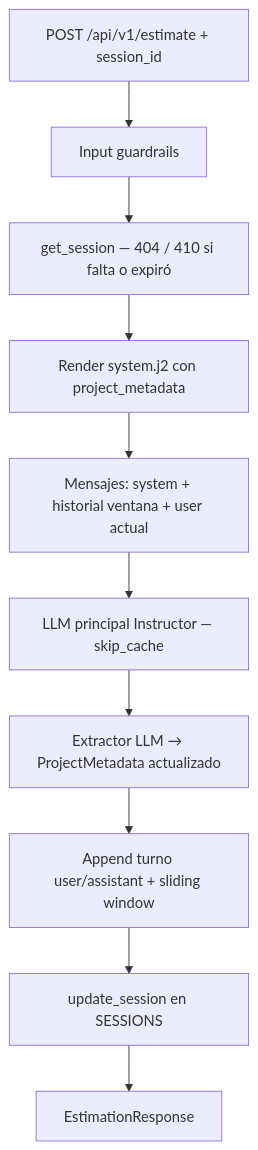
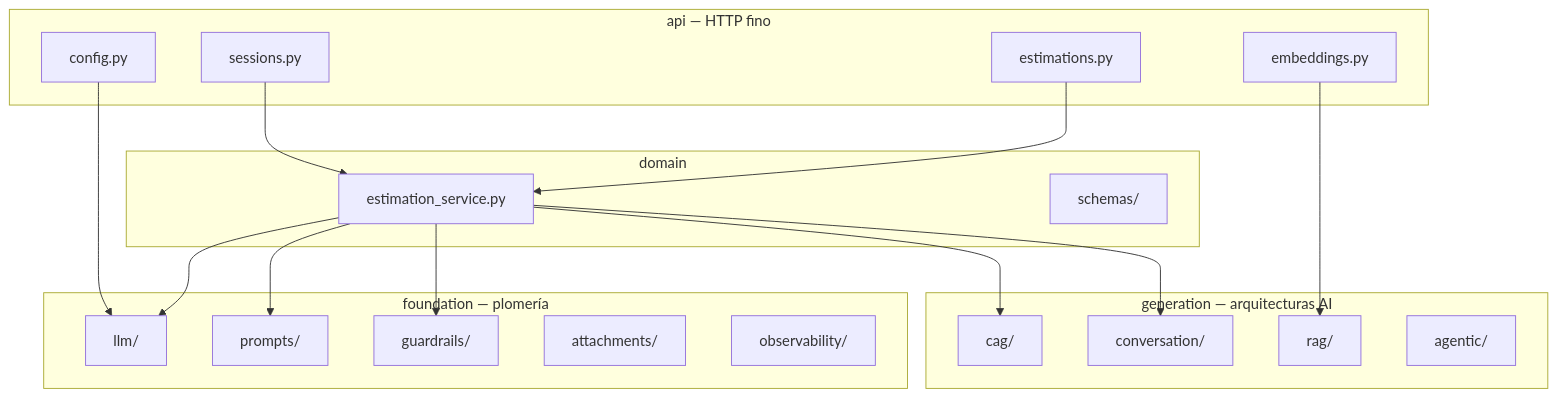
Before and after one commit to SValduezaL/Estimator_SVL: the first of 2 diagrams in README.md, drawn with Mermaid. The commit also changed other lines of this file and 3 other files, not shown here.

````diff
--- a/README.md
+++ b/README.md
@@ -172,12 +60,35 @@
 ```mermaid
-flowchart TD
-    A[POST /api/v1/estimate + session_id] --> B[Input guardrails]
-    B --> C[get_session — 404 / 410 si falta o expiró]
-    C --> D[Render system.j2 con project_metadata]
-    D --> E[Mensajes: system + historial ventana + user actual]
-    E --> F[LLM principal Instructor — skip_cache]
-    F --> G[Extractor LLM → ProjectMetadata actualizado]
-    G --> H[Append turno user/assistant + sliding window]
-    H --> I[update_session en SESSIONS]
-    I --> J[EstimationResponse]
+flowchart TB
+    subgraph api [api — HTTP fino]
+        R1[estimations.py]
+        R2[sessions.py]
+        R3[embeddings.py]
+        R4[config.py]
+    end
+    subgraph domain [domain]
+        ES[estimation_service.py]
+        SCH[schemas/]
+    end
+    subgraph foundation [foundation — plomería]
+        LLM[llm/]
+        PR[prompts/]
+        GR[guardrails/]
+        ATT[attachments/]
+        OBS[observability/]
+    end
+    subgraph generation [generation — arquitecturas AI]
+        CAG[cag/]
+        CONV[conversation/]
+        RAG[rag/]
+        AGT[agentic/]
+    end
+    R1 --> ES
+    R2 --> ES
+    ES --> LLM
+    ES --> GR
+    ES --> CAG
+    ES --> CONV
+    ES --> PR
+    R3 --> RAG
+    R4 --> LLM
 ```
````
